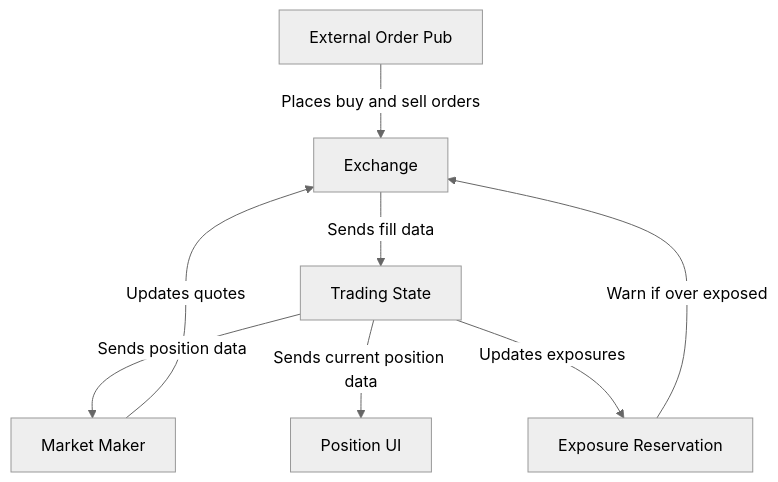
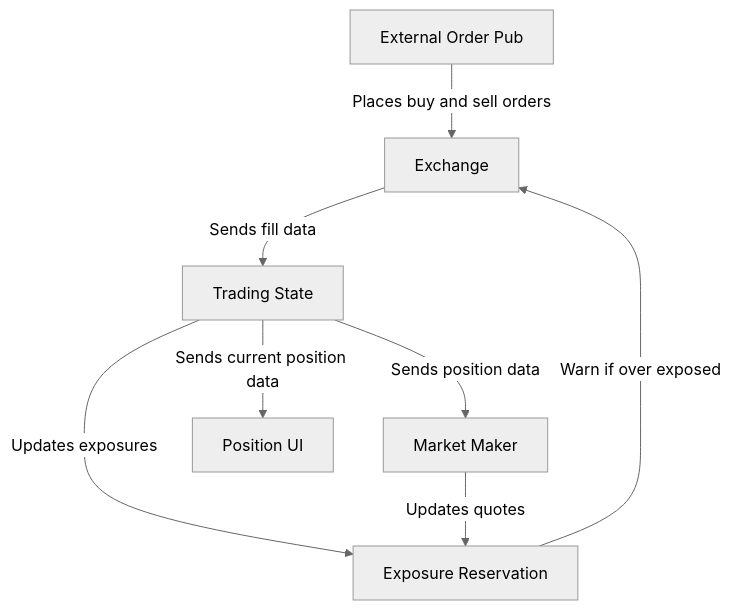
One commit to S26-Distributed-Capstone/Market-Maker changed the diagram in docs/architecture.md. Above: the diagram before and after it, drawn with Mermaid (neutral theme). The commit also changed other lines of this file, not shown here.

````diff
--- a/docs/architecture.md
+++ b/docs/architecture.md
@@ -3,17 +3,17 @@
 ```mermaid
 graph TD
     ExternalOrderPub["External Order Pub"]
     Exchange["Exchange"]
     TradingState["Trading State"]
     ExposureReservation["Exposure Reservation"]
     MarketMaker["Market Maker"]
     PositionUI["Position UI"]
 
     ExternalOrderPub -->|"Places buy and sell orders"| Exchange
     Exchange -->|"Sends fill data"| TradingState
     TradingState -->|"Sends position data"| MarketMaker
     TradingState -->|"Sends current position data"| PositionUI
     TradingState -->|"Updates exposures"| ExposureReservation
     ExposureReservation -->|"Warn if over exposed"| Exchange
-    MarketMaker -->|"Updates quotes"| Exchange
+    MarketMaker -->|"Updates quotes"| ExposureReservation
 ```
````
